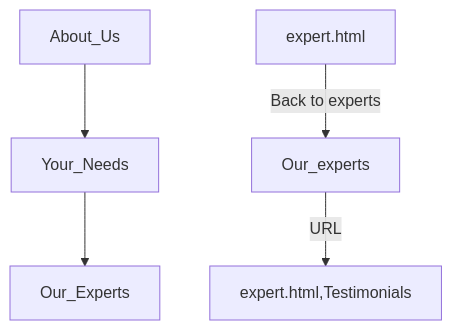
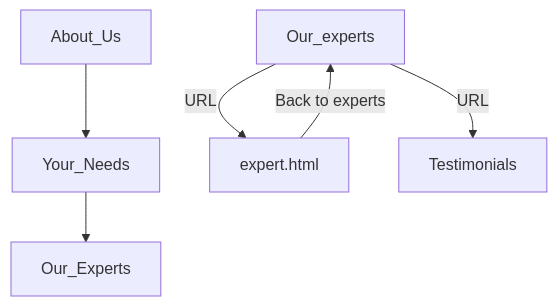
Before and after one commit to FAC29A/alex-portfolio: the diagram in learnings/markup.md, drawn with Mermaid.

````diff
--- a/learnings/markup.md
+++ b/learnings/markup.md
@@ -32,7 +32,7 @@
 ```mermaid
 graph TD;
     About_Us-->Your_Needs;
     Your_Needs-->Our_Experts;
-    Our_experts-->|URL|expert.html,Testimonials;
+    Our_experts-->|URL|expert.html & Testimonials;
     expert.html-->|Back to experts|Our_experts;
 ```
````
